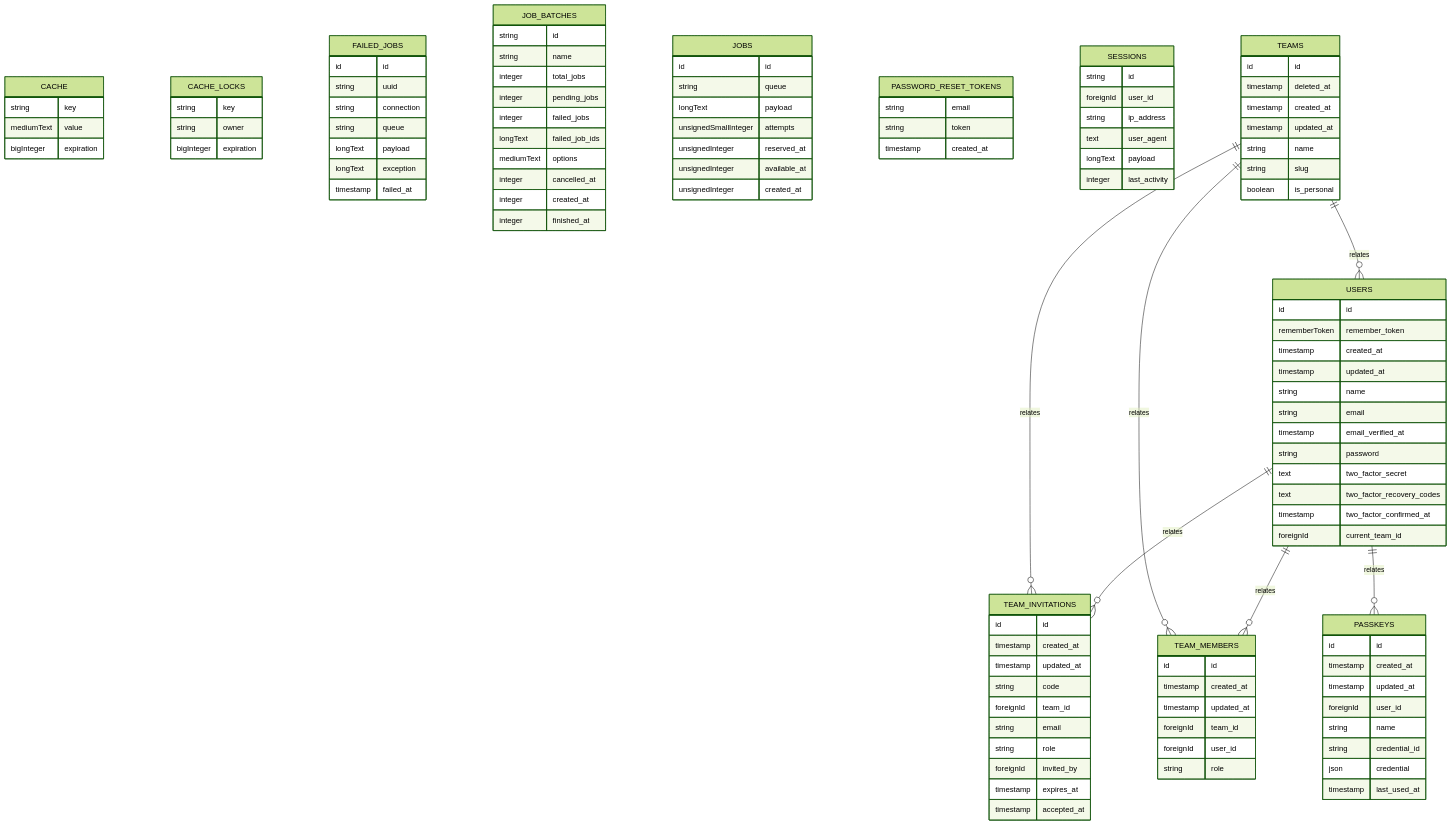
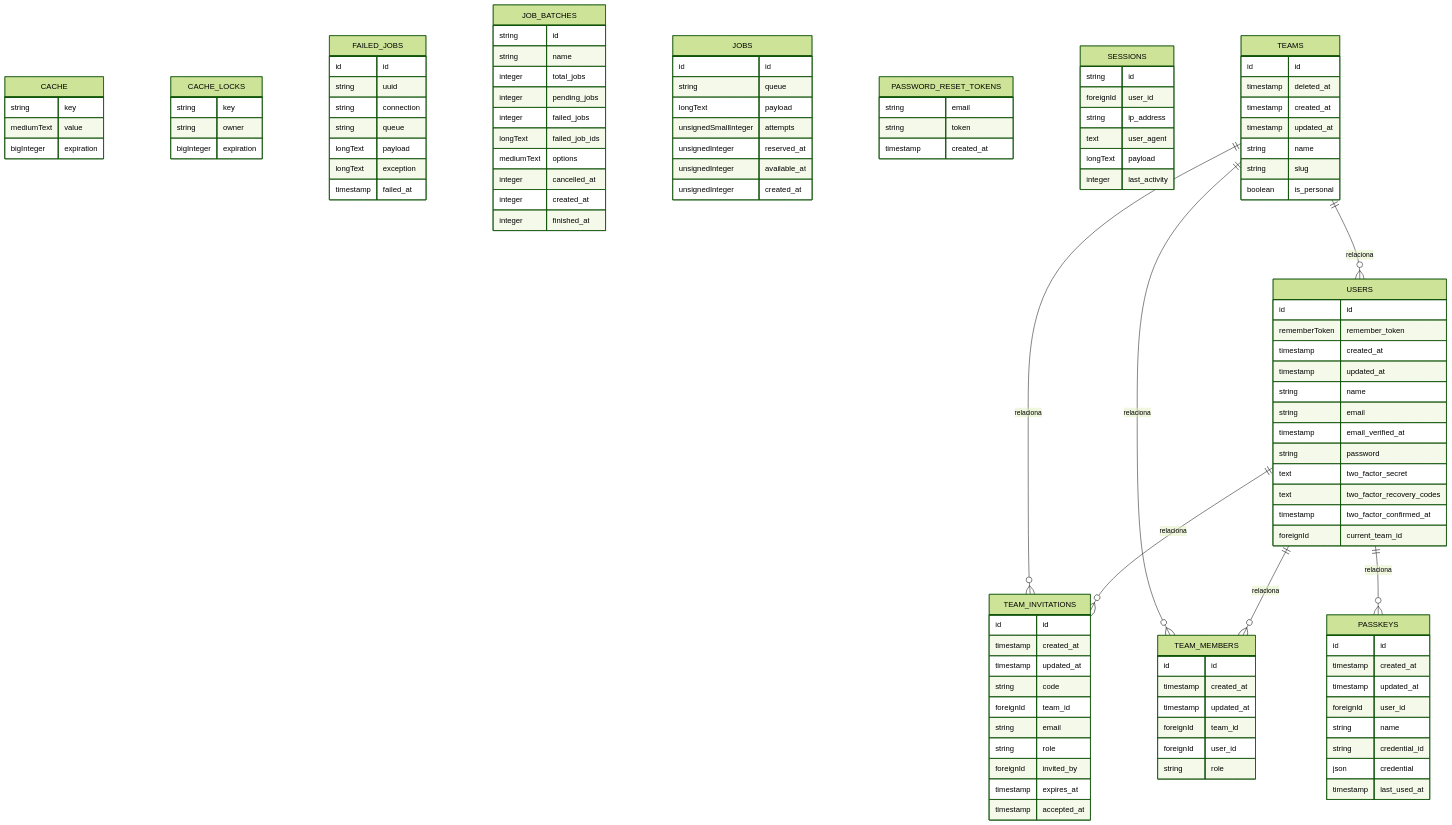
Before and after one commit to acaciabaterias/specsfy: the diagram in example/docs/database.md, drawn with Mermaid (forest theme). The commit also changed 602 other files, not shown here.

````diff
--- a/example/docs/database.md
+++ b/example/docs/database.md
@@ -70,7 +70,7 @@
     json credential
     timestamp last_used_at
   }
-  USERS ||--o{ PASSKEYS : relates
+  USERS ||--o{ PASSKEYS : relaciona
   PASSWORD_RESET_TOKENS {
     string email
     string token
@@ -96,8 +96,8 @@
     timestamp expires_at
     timestamp accepted_at
   }
-  TEAMS ||--o{ TEAM_INVITATIONS : relates
-  USERS ||--o{ TEAM_INVITATIONS : relates
+  TEAMS ||--o{ TEAM_INVITATIONS : relaciona
+  USERS ||--o{ TEAM_INVITATIONS : relaciona
   TEAM_MEMBERS {
     id id
     timestamp created_at
@@ -106,8 +106,8 @@
     foreignId user_id
     string role
   }
-  TEAMS ||--o{ TEAM_MEMBERS : relates
-  USERS ||--o{ TEAM_MEMBERS : relates
+  TEAMS ||--o{ TEAM_MEMBERS : relaciona
+  USERS ||--o{ TEAM_MEMBERS : relaciona
   TEAMS {
     id id
     timestamp deleted_at
@@ -131,5 +131,5 @@
     timestamp two_factor_confirmed_at
     foreignId current_team_id
   }
-  TEAMS ||--o{ USERS : relates
+  TEAMS ||--o{ USERS : relaciona
 ```
````
